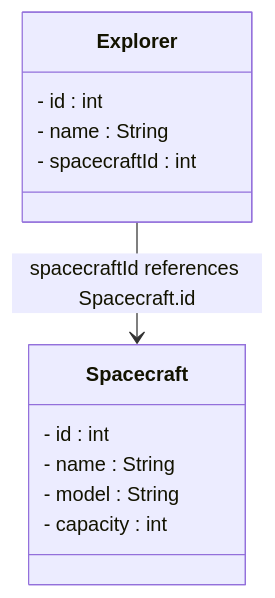
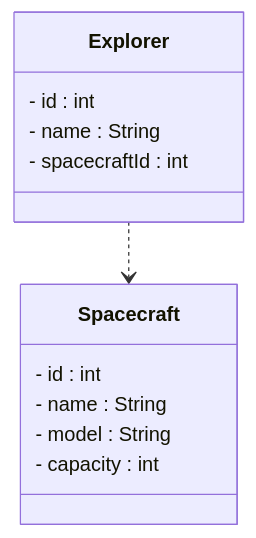
The diagram in Articles/SDT/Keys in domains/005 Foreign Keys.md (TroelsMortensen/Codelabs2), drawn with Mermaid before and after one commit. The commit also changed other lines of this file, not shown here.

````diff
--- a/Articles/SDT/Keys in domains/005 Foreign Keys.md
+++ b/Articles/SDT/Keys in domains/005 Foreign Keys.md
@@ -139,17 +139,17 @@
 ```mermaid
 classDiagram
     class Explorer {
         - id : int
         - name : String
         - spacecraftId : int
     }
     
     class Spacecraft {
         - id : int
         - name : String
         - model : String
         - capacity : int
     }
     
-    Explorer --> Spacecraft : spacecraftId references Spacecraft.id
+    Explorer ..> Spacecraft
 ```
````
